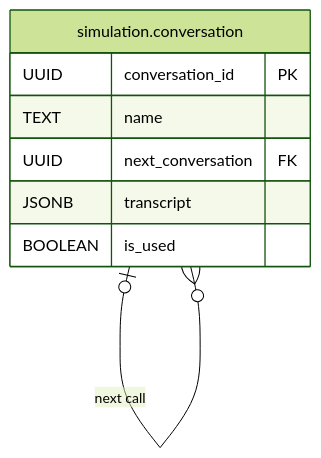
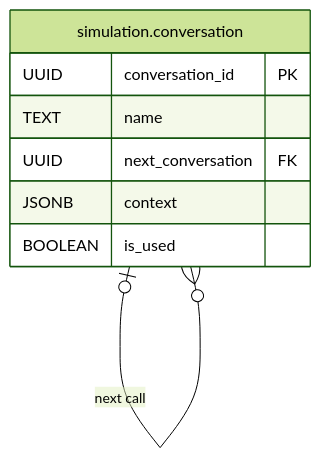
The seventh of 7 diagrams in README.md (tjaung/kyron), drawn with Mermaid (forest theme) before and after one commit. The commit also changed other lines of this file and 79 other files, not shown here.

````diff
--- a/README.md
+++ b/README.md
@@ -413,11 +446,11 @@
 ```mermaid
 erDiagram
     "simulation.conversation" {
         UUID conversation_id PK
         TEXT name
         UUID next_conversation FK
-        JSONB transcript
+        JSONB context
         BOOLEAN is_used
     }
     "simulation.conversation" o|--o{ "simulation.conversation" : "next call"
 ```
````
